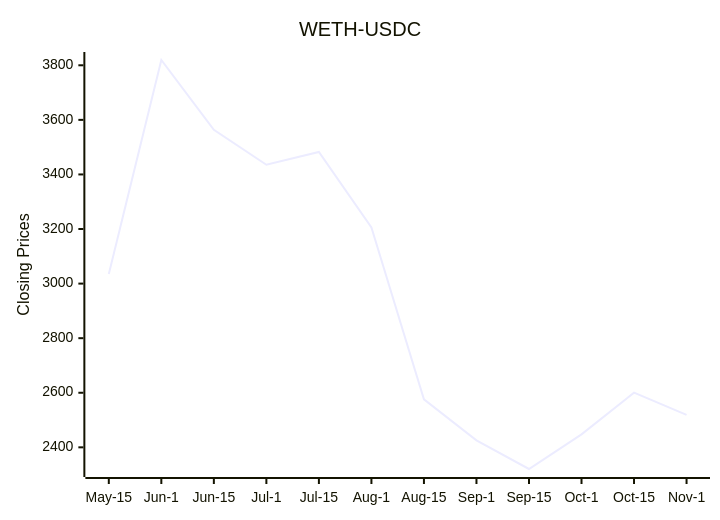
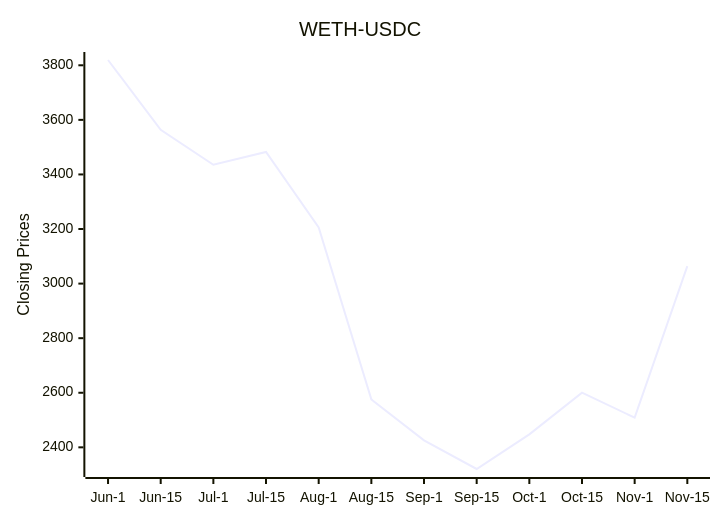
One commit to bicced/ReadmeCryptoPriceChart changed the diagram in README.md. Above: the diagram before and after it, drawn with Mermaid.

Commit message:
Update README with latest DEX data

````diff
--- a/README.md
+++ b/README.md
@@ -6,7 +6,7 @@
 ```mermaid
 xychart-beta
   title "WETH-USDC"
-  x-axis [May-15,Jun-1,Jun-15,Jul-1,Jul-15,Aug-1,Aug-15,Sep-1,Sep-15,Oct-1,Oct-15,Nov-1]
+  x-axis [Jun-1,Jun-15,Jul-1,Jul-15,Aug-1,Aug-15,Sep-1,Sep-15,Oct-1,Oct-15,Nov-1,Nov-15]
   y-axis "Closing Prices" 2320.61761915807 --> 3819.38075388494
-  line [3035.35925312099,3819.38075388494,3563.50423684803,3435.37304391752,3482.40990196361,3205.99009674922,2575.67729986359,2425.60361929393,2320.61761915807,2447.67403957906,2600.26757373328,2518.73451588458]
+  line [3819.38075388494,3563.50423684803,3435.37304391752,3482.40990196361,3205.99009674922,2575.67729986359,2425.60361929393,2320.61761915807,2447.67403957906,2600.26757373328,2508.72962693621,3064.05502969668]
 ```
````
